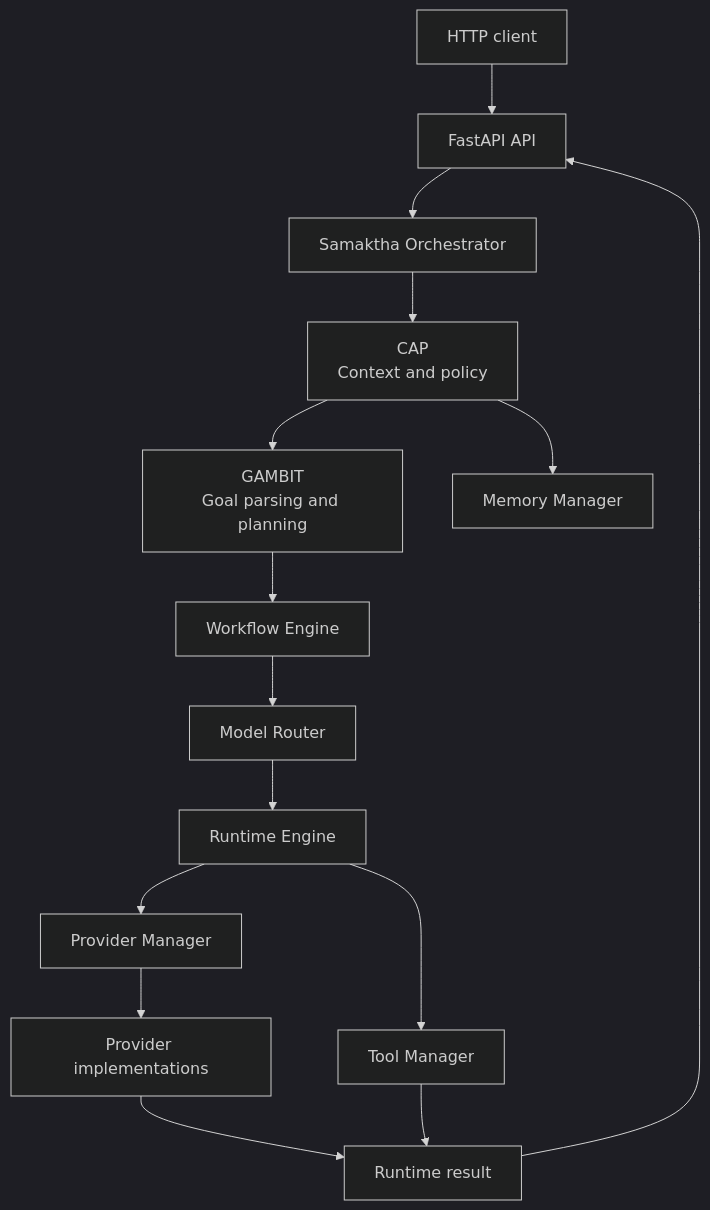
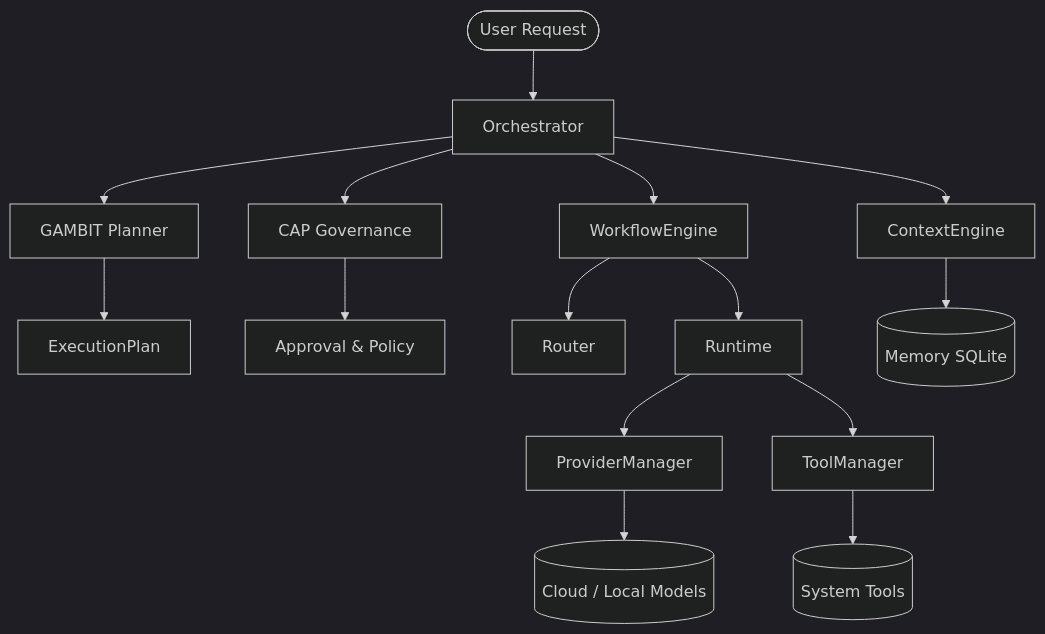
One commit to HARI9037/Samaktha changed the diagram in README.md. Above: the diagram before and after it, drawn with Mermaid (dark theme). The commit also changed other lines of this file and 4 other files, not shown here.

````diff
--- a/README.md
+++ b/README.md
@@ -27,17 +31,22 @@
 ```mermaid
-flowchart TD
-    Client[HTTP client] --> API[FastAPI API]
-    API --> Orchestrator[Samaktha Orchestrator]
-    Orchestrator --> CAP[CAP\nContext and policy]
-    CAP --> GAMBIT[GAMBIT\nGoal parsing and planning]
-    GAMBIT --> Workflow[Workflow Engine]
-    Workflow --> Router[Model Router]
-    Router --> Runtime[Runtime Engine]
-    Runtime --> ProviderManager[Provider Manager]
-    ProviderManager --> Providers[Provider implementations]
-    Runtime --> Tools[Tool Manager]
-    CAP --> Memory[Memory Manager]
-    Providers --> Response[Runtime result]
-    Tools --> Response
-    Response --> API
+graph TD
+    User([User Request]) --> Orchestrator
+    Orchestrator --> ContextEngine
+    Orchestrator --> GAMBIT[GAMBIT Planner]
+    Orchestrator --> CAP[CAP Governance]
+    Orchestrator --> WorkflowEngine
+    
+    GAMBIT --> ExecutionPlan
+    CAP --> Approval[Approval & Policy]
+    
+    WorkflowEngine --> Router
+    WorkflowEngine --> Runtime
+    
+    Runtime --> ProviderManager
+    Runtime --> ToolManager
+    
+    ProviderManager --> Providers[(Cloud / Local Models)]
+    ToolManager --> Tools[(System Tools)]
+    
+    ContextEngine --> MemoryManager[(Memory SQLite)]
 ```
````
